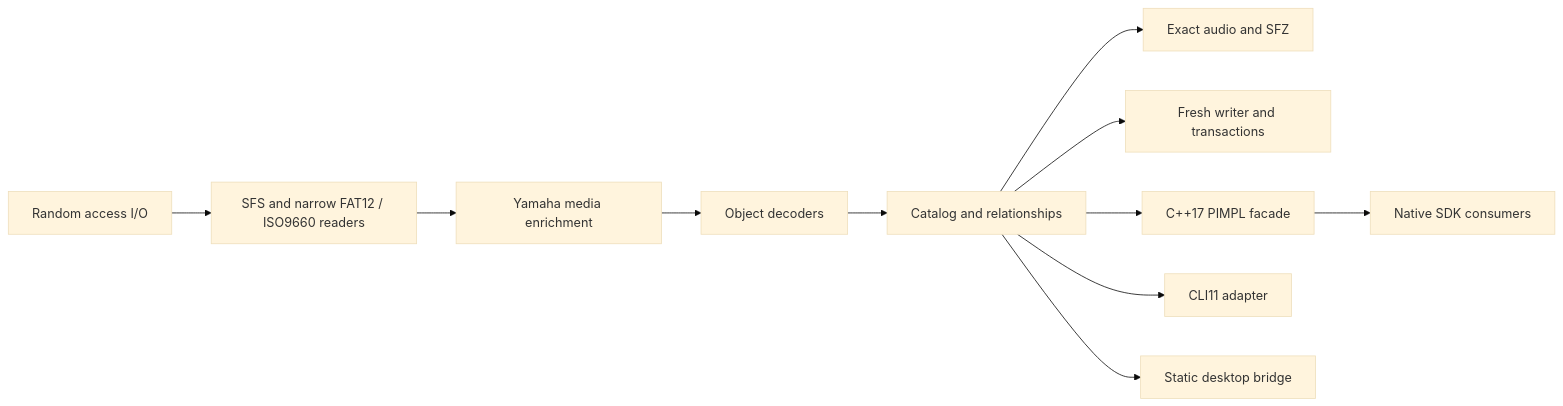
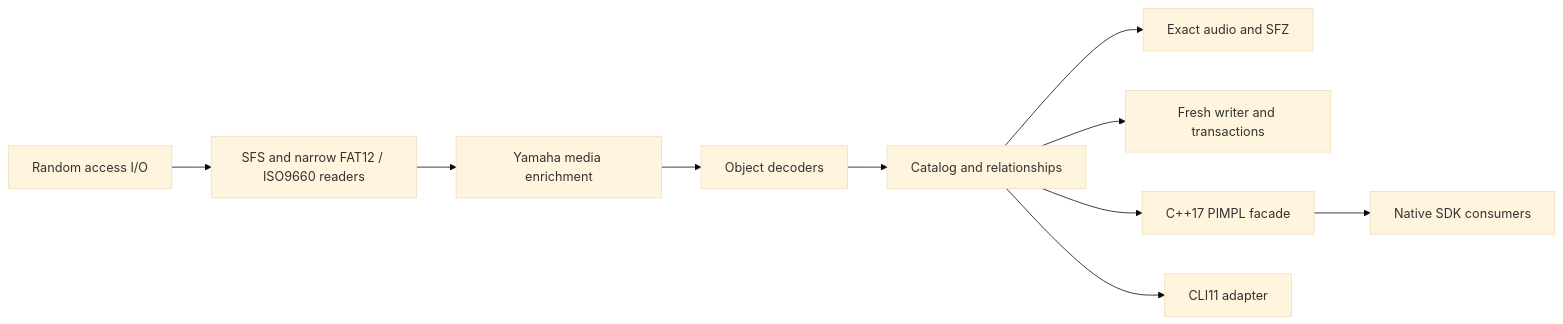
One commit to tphzz/axklib changed the diagram in docs/architecture.md. Above: the diagram before and after it, drawn with Mermaid (base theme). The commit also changed other lines of this file and 26 other files, not shown here.

````diff
--- a/docs/architecture.md
+++ b/docs/architecture.md
@@ -6,13 +6,12 @@
 ```mermaid
 flowchart LR
     IO[Random access I/O] --> Media[SFS and narrow FAT12 / ISO9660 readers]
     Media --> Yamaha[Yamaha media enrichment]
     Yamaha --> Objects[Object decoders]
     Objects --> Catalog[Catalog and relationships]
     Catalog --> Audio[Exact audio and SFZ]
     Catalog --> Writer[Fresh writer and transactions]
     Catalog --> SDK[C++17 PIMPL facade]
     Catalog --> CLI[CLI11 adapter]
     SDK --> Host[Native SDK consumers]
-    Catalog --> Bridge[Static desktop bridge]
 ```
````
